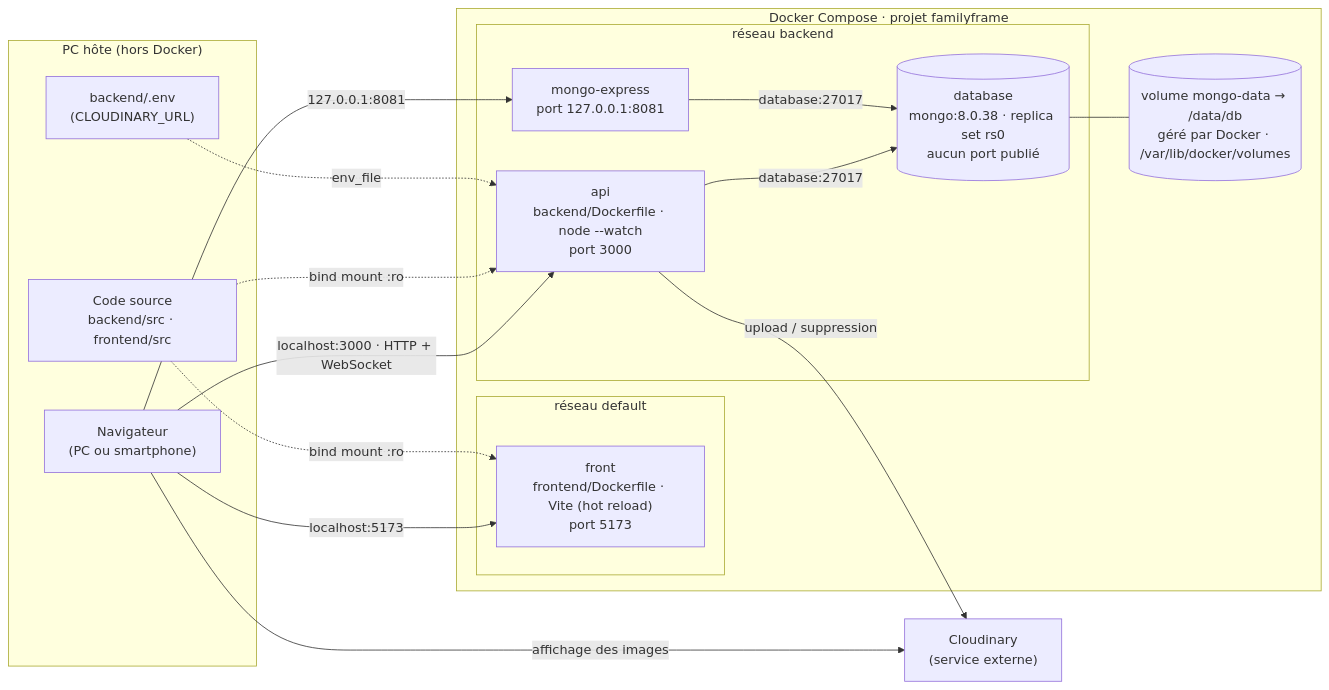
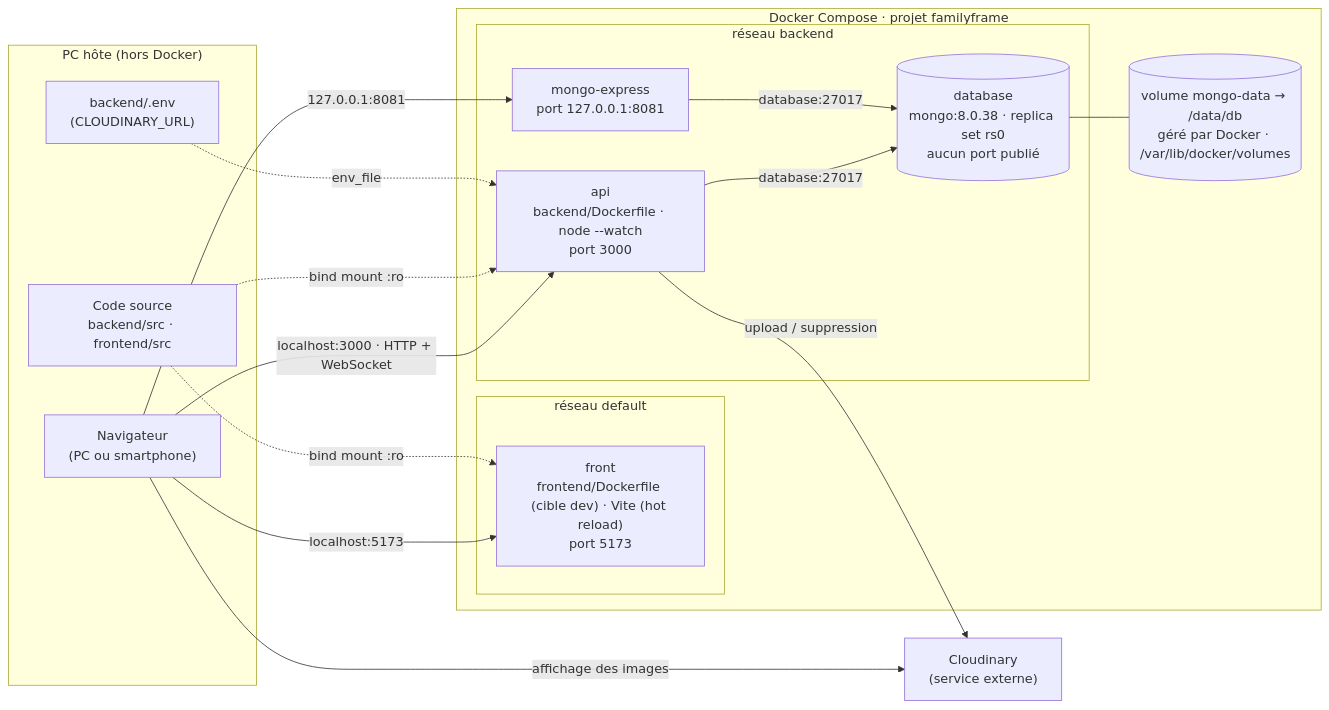
One commit to SIMPLON-DIST-CDA-260316/familyFrame-Jordan changed the first of 2 diagrams in ARCHITECTURE.md. Above: the diagram before and after it, drawn with Mermaid. The commit also changed other lines of this file and 5 other files, not shown here.

````diff
--- a/ARCHITECTURE.md
+++ b/ARCHITECTURE.md
@@ -14,34 +14,34 @@
 ```mermaid
 flowchart LR
   subgraph host["PC hôte (hors Docker)"]
     browser["Navigateur<br/>(PC ou smartphone)"]
     src["Code source<br/>backend/src · frontend/src"]
     envfile["backend/.env<br/>(CLOUDINARY_URL)"]
   end
 
   subgraph compose["Docker Compose · projet familyframe"]
     subgraph netdefault["réseau default"]
-      front["front<br/>frontend/Dockerfile · Vite (hot reload)<br/>port 5173"]
+      front["front<br/>frontend/Dockerfile (cible dev) · Vite (hot reload)<br/>port 5173"]
     end
     subgraph netbackend["réseau backend"]
       api["api<br/>backend/Dockerfile · node --watch<br/>port 3000"]
       database[("database<br/>mongo:8.0.38 · replica set rs0<br/>aucun port publié")]
       mongoexpress["mongo-express<br/>port 127.0.0.1:8081"]
     end
     vol[("volume mongo-data → /data/db<br/>géré par Docker · /var/lib/docker/volumes")]
   end
 
   cloudinary["Cloudinary<br/>(service externe)"]
 
   browser -- "localhost:5173" --> front
   browser -- "localhost:3000 · HTTP + WebSocket" --> api
   browser -- "127.0.0.1:8081" --> mongoexpress
   api -- "database:27017" --> database
   mongoexpress -- "database:27017" --> database
   database --- vol
   api -- "upload / suppression" --> cloudinary
   browser -- "affichage des images" --> cloudinary
   src -. "bind mount :ro" .-> api
   src -. "bind mount :ro" .-> front
   envfile -. "env_file" .-> api
 ```
````
